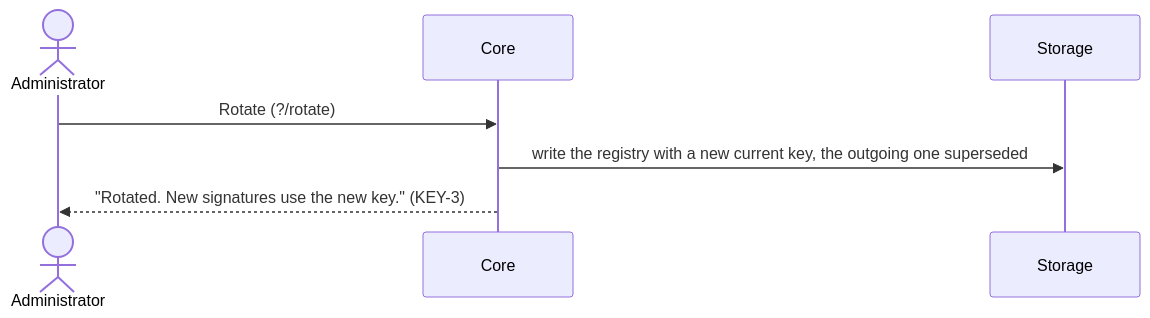
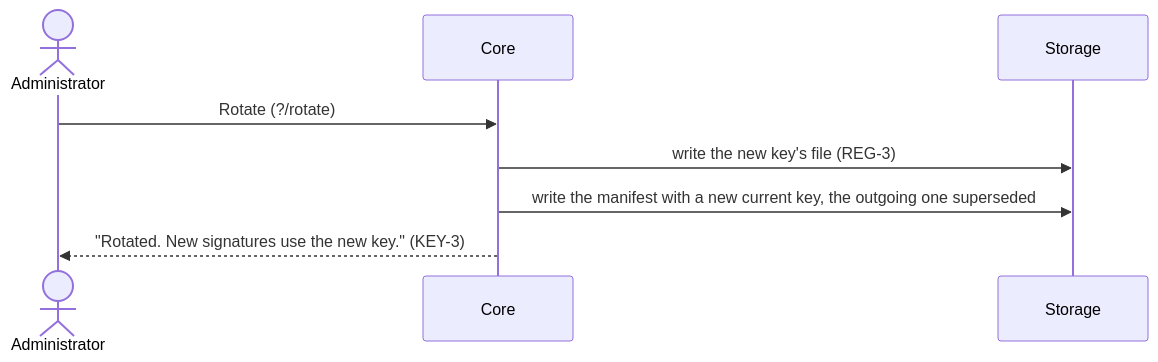
Before and after one commit to GenoaCMS/genoacms: the fourth of 5 diagrams in docs/architecture/signing.md, drawn with Mermaid. The commit also changed other lines of this file and 2 other files, not shown here.

Commit message:
docs: RFC-0048's statements to current

````diff
--- a/docs/architecture/signing.md
+++ b/docs/architecture/signing.md
@@ -91,9 +91,10 @@
 ```mermaid
 sequenceDiagram
   actor A as Administrator
   participant C as Core
   participant S as Storage
   A->>C: Rotate (?/rotate)
-  C->>S: write the registry with a new current key, the outgoing one superseded
+  C->>S: write the new key's file (REG-3)
+  C->>S: write the manifest with a new current key, the outgoing one superseded
   C-->>A: "Rotated. New signatures use the new key." (KEY-3)
 ```
````
